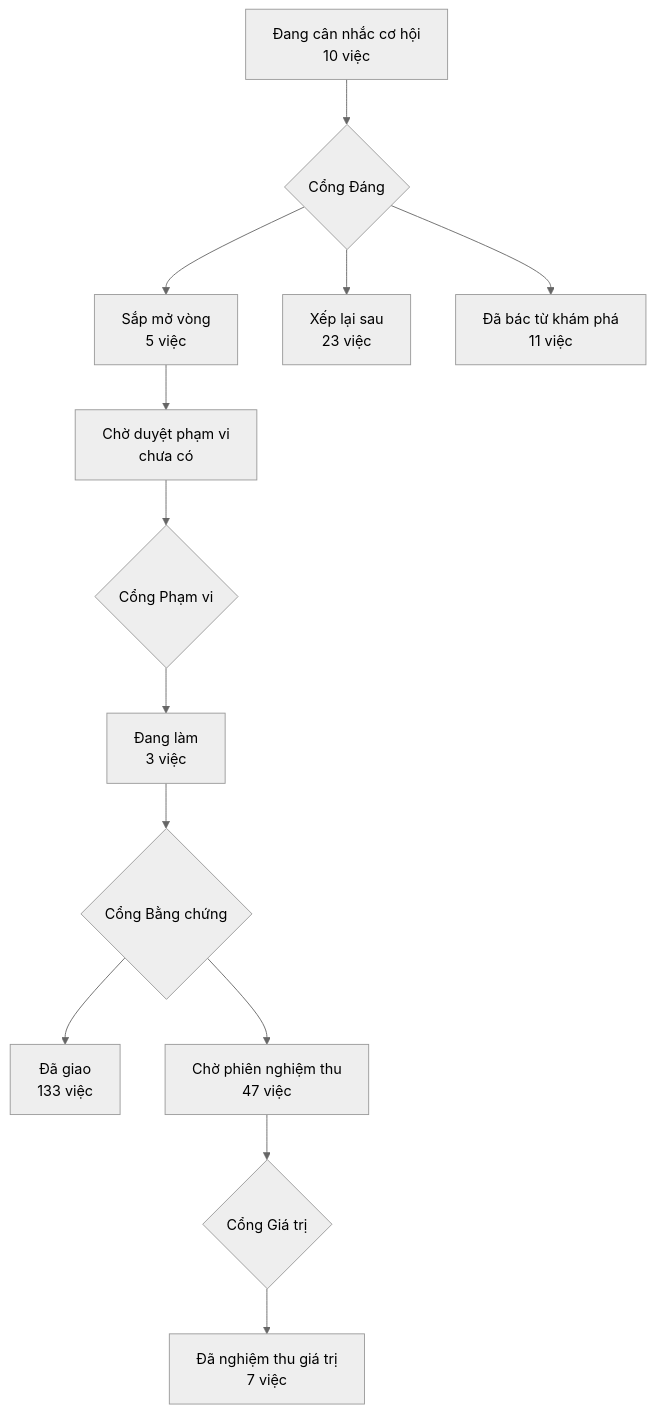
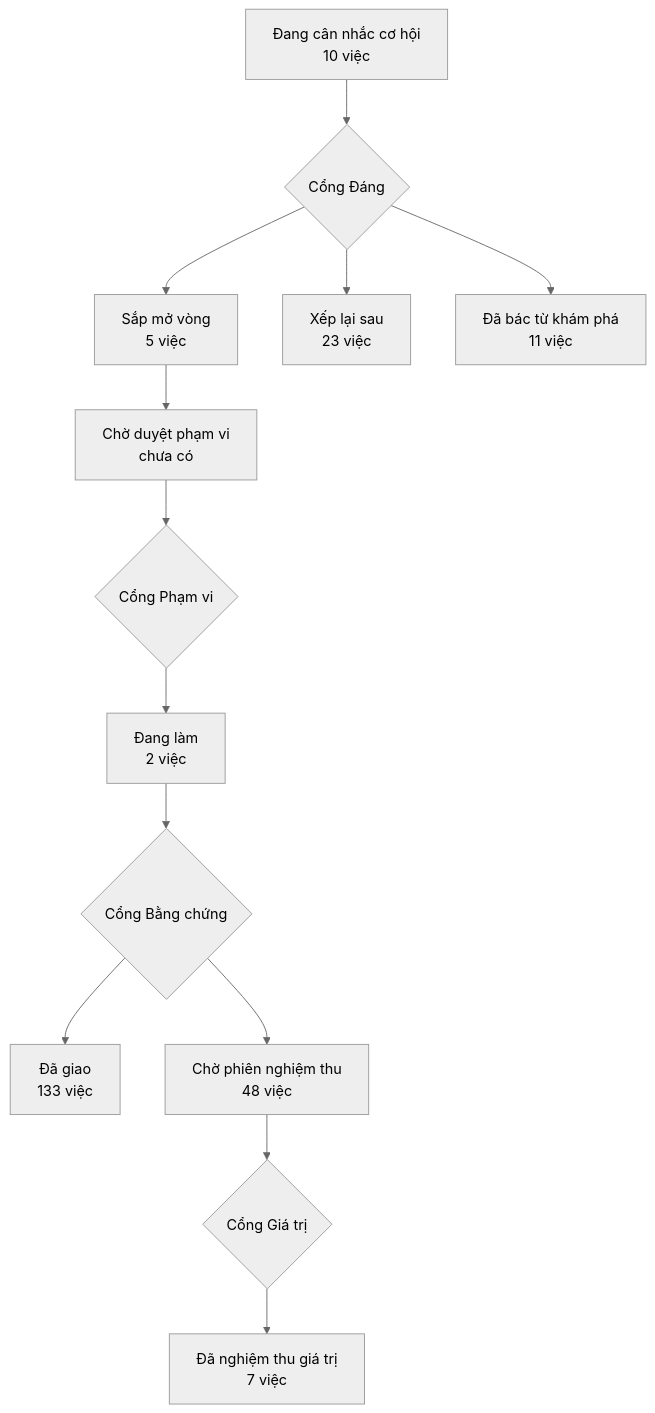
The diagram in PRODUCT-MAP.md (phanlemanh/acceptance-gate-kit), drawn with Mermaid (neutral theme) before and after one commit. The commit also changed 7 other files, not shown here.

````diff
--- a/PRODUCT-MAP.md
+++ b/PRODUCT-MAP.md
@@ -7,12 +7,12 @@
 ```mermaid
 flowchart TD
   A["Đang cân nhắc cơ hội<br/>10 việc"] --> GD{"Cổng Đáng"}
   GD --> B["Sắp mở vòng<br/>5 việc"]
   GD --> XL["Xếp lại sau<br/>23 việc"]
   GD --> DB["Đã bác từ khám phá<br/>11 việc"]
   B --> CD["Chờ duyệt phạm vi<br/>chưa có"] --> GP{"Cổng Phạm vi"}
-  GP --> DL["Đang làm<br/>3 việc"] --> GB{"Cổng Bằng chứng"}
+  GP --> DL["Đang làm<br/>2 việc"] --> GB{"Cổng Bằng chứng"}
   GB --> DG["Đã giao<br/>133 việc"]
-  GB --> CN["Chờ phiên nghiệm thu<br/>47 việc"] --> GG{"Cổng Giá trị"}
+  GB --> CN["Chờ phiên nghiệm thu<br/>48 việc"] --> GG{"Cổng Giá trị"}
   GG --> NT["Đã nghiệm thu giá trị<br/>7 việc"]
 ```
````
